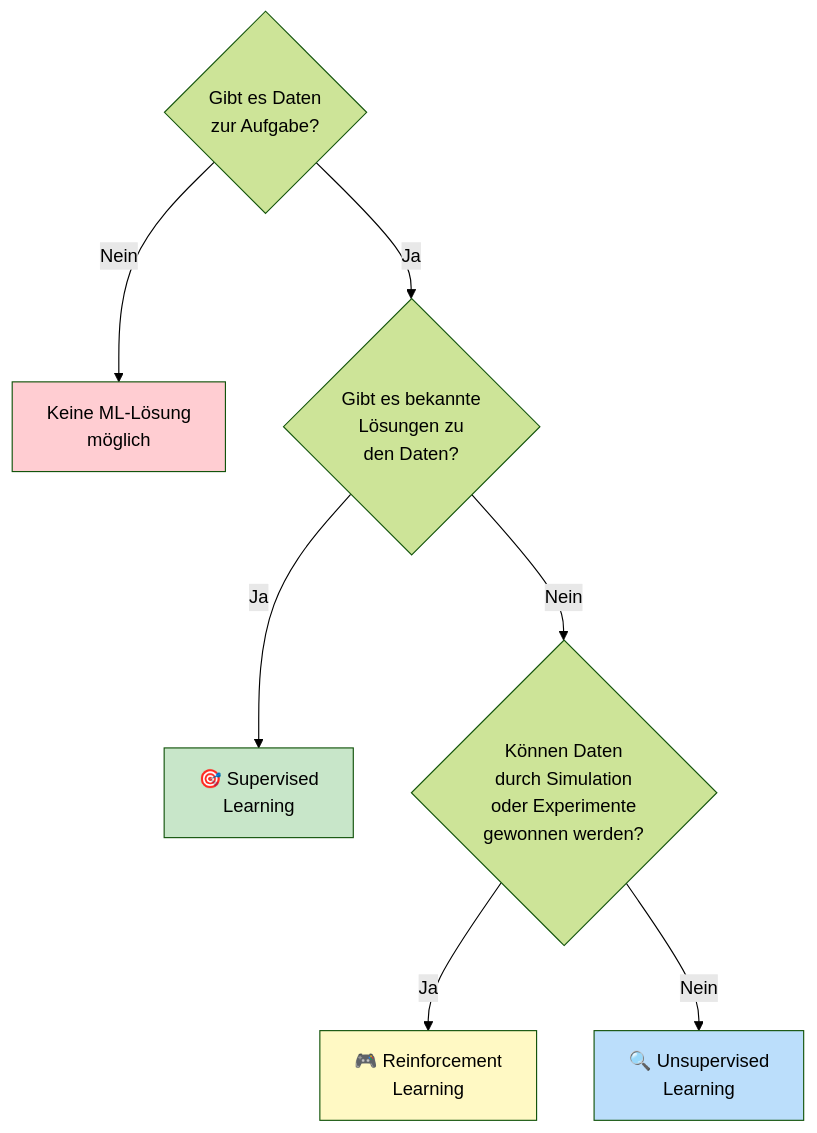
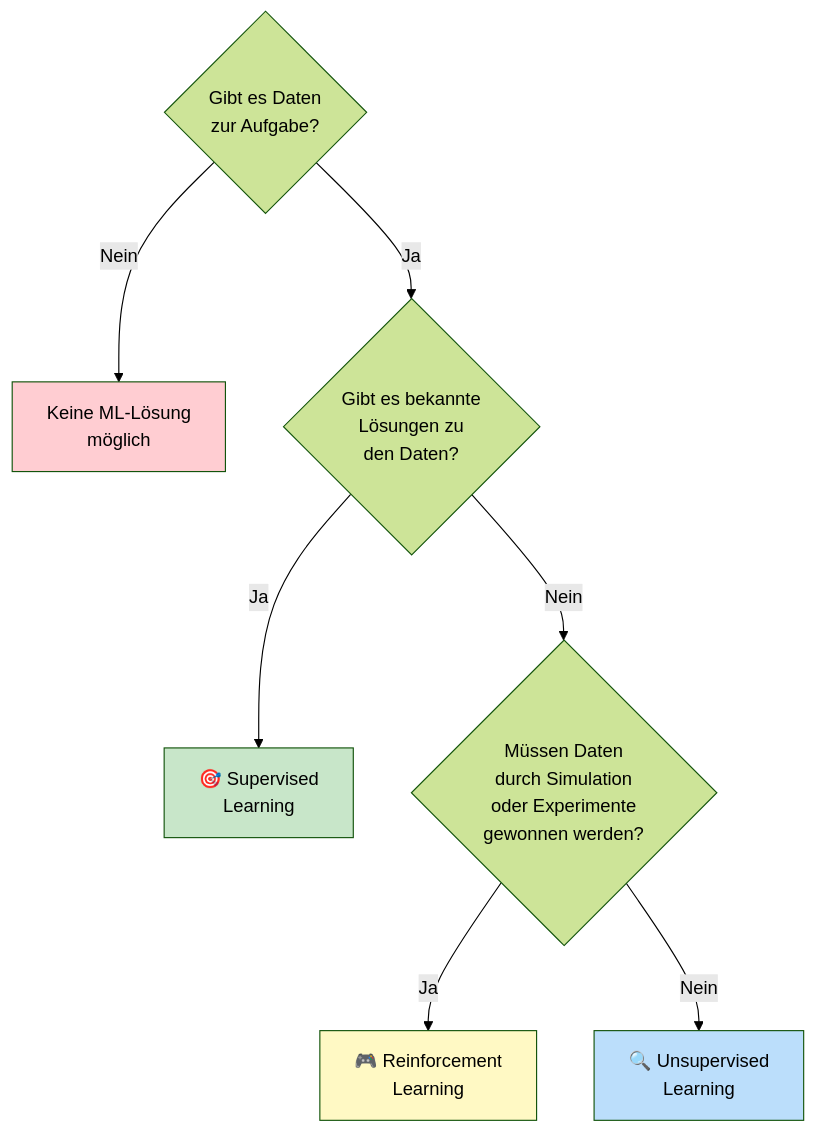
One commit to ralf-42/ML_Intro changed the fourth of 14 diagrams in docs/concepts/machine_learning_grundlagen.md. Above: the diagram before and after it, drawn with Mermaid (forest theme). The commit also changed 9 other files, not shown here.

````diff
--- a/docs/concepts/machine_learning_grundlagen.md
+++ b/docs/concepts/machine_learning_grundlagen.md
@@ -160,17 +160,17 @@
 ```mermaid
 flowchart TB
     Q1{"Gibt es Daten<br/>zur Aufgabe?"}
     Q1 --> |"Nein"| NO["Keine ML-Lösung<br/>möglich"]
     Q1 --> |"Ja"| Q2{"Gibt es bekannte<br/>Lösungen zu<br/>den Daten?"}
     
     Q2 --> |"Ja"| SL["🎯 Supervised<br/>Learning"]
-    Q2 --> |"Nein"| Q3{"Können Daten<br/>durch Simulation<br/>oder Experimente<br/>gewonnen werden?"}
+    Q2 --> |"Nein"| Q3{"Müssen Daten<br/>durch Simulation<br/>oder Experimente<br/>gewonnen werden?"}
     
     Q3 --> |"Ja"| RL["🎮 Reinforcement<br/>Learning"]
     Q3 --> |"Nein"| UL["🔍 Unsupervised<br/>Learning"]
     
     style SL fill:#c8e6c9
     style UL fill:#bbdefb
     style RL fill:#fff9c4
     style NO fill:#ffcdd2
 ```
````
